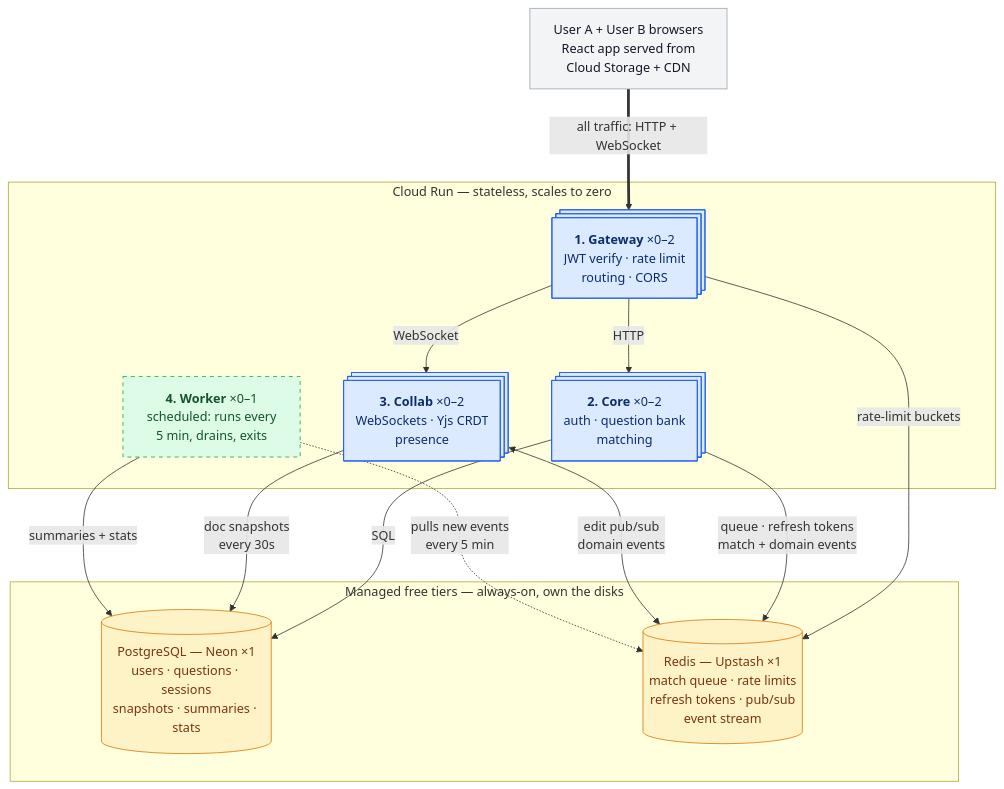
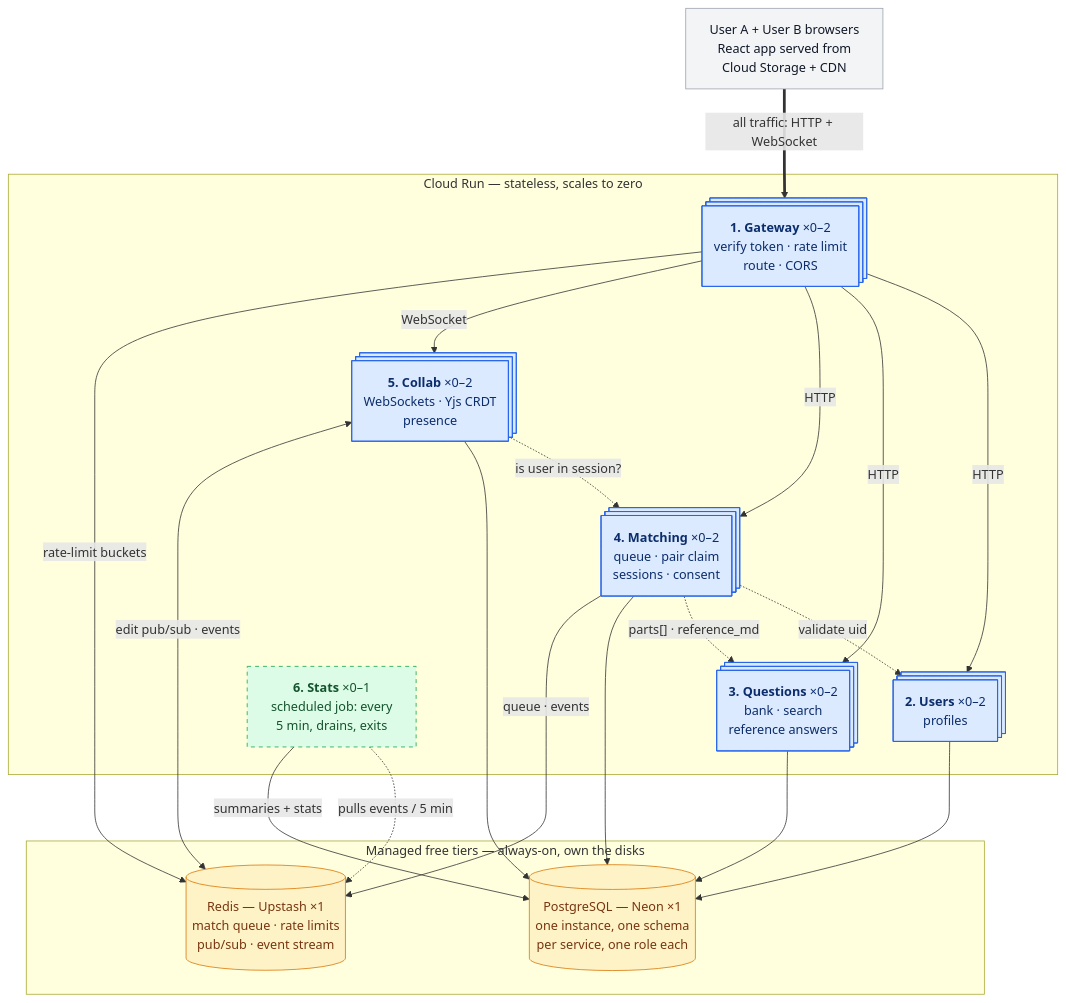
One commit to Wnayar/deepcs changed the first of 2 diagrams in DESIGN.md. Above: the diagram before and after it, drawn with Mermaid. The commit also changed other lines of this file and 1 other file, not shown here.

First line of the commit message:
Refine design: 6-service split, Firebase auth, per-service schemas

````diff
--- a/DESIGN.md
+++ b/DESIGN.md
@@ -63,38 +93,47 @@
 ```mermaid
-%%{init: {"flowchart": {"nodeSpacing": 55, "rankSpacing": 70}}}%%
+%%{init: {"flowchart": {"nodeSpacing": 45, "rankSpacing": 60}}}%%
 flowchart TD
     U["User A + User B browsers<br/>React app served from<br/>Cloud Storage + CDN"]
 
     U ==>|"all traffic: HTTP + WebSocket"| GW
 
     subgraph RUN["Cloud Run — stateless, scales to zero"]
-        GW@{ shape: procs, label: "<b>1. Gateway</b> ×0–2<br/>JWT verify · rate limit<br/>routing · CORS" }
-        CORE@{ shape: procs, label: "<b>2. Core</b> ×0–2<br/>auth · question bank<br/>matching" }
-        COLLAB@{ shape: procs, label: "<b>3. Collab</b> ×0–2<br/>WebSockets · Yjs CRDT<br/>presence" }
-        WK["<b>4. Worker</b> ×0–1<br/>scheduled: runs every<br/>5 min, drains, exits"]
+        GW@{ shape: procs, label: "<b>1. Gateway</b> ×0–2<br/>verify token · rate limit<br/>route · CORS" }
+        USR@{ shape: procs, label: "<b>2. Users</b> ×0–2<br/>profiles" }
+        QST@{ shape: procs, label: "<b>3. Questions</b> ×0–2<br/>bank · search<br/>reference answers" }
+        MCH@{ shape: procs, label: "<b>4. Matching</b> ×0–2<br/>queue · pair claim<br/>sessions · consent" }
+        COL@{ shape: procs, label: "<b>5. Collab</b> ×0–2<br/>WebSockets · Yjs CRDT<br/>presence" }
+        STA["<b>6. Stats</b> ×0–1<br/>scheduled job: every<br/>5 min, drains, exits"]
     end
 
     subgraph DATA["Managed free tiers — always-on, own the disks"]
-        PG[("PostgreSQL — Neon ×1<br/>users · questions · sessions<br/>snapshots · summaries · stats")]
-        RD[("Redis — Upstash ×1<br/>match queue · rate limits<br/>refresh tokens · pub/sub<br/>event stream")]
+        PG[("PostgreSQL — Neon ×1<br/>one instance, one schema<br/>per service, one role each")]
+        RD[("Redis — Upstash ×1<br/>match queue · rate limits<br/>pub/sub · event stream")]
     end
 
-    GW -->|HTTP| CORE
-    GW -->|WebSocket| COLLAB
+    GW -->|HTTP| USR
+    GW -->|HTTP| QST
+    GW -->|HTTP| MCH
+    GW -->|WebSocket| COL
     GW -->|"rate-limit buckets"| RD
-    CORE -->|SQL| PG
-    CORE -->|"queue · refresh tokens<br/>match + domain events"| RD
-    COLLAB <-->|"edit pub/sub<br/>domain events"| RD
-    COLLAB -->|"doc snapshots<br/>every 30s"| PG
-    WK -.->|"pulls new events<br/>every 5 min"| RD
-    WK -->|"summaries + stats"| PG
+    MCH -.->|"validate uid"| USR
+    MCH -.->|"parts[] · reference_md"| QST
+    COL -.->|"is user in session?"| MCH
+    USR --> PG
+    QST --> PG
+    MCH --> PG
+    COL --> PG
+    MCH -->|"queue · events"| RD
+    COL <-->|"edit pub/sub · events"| RD
+    STA -.->|"pulls events / 5 min"| RD
+    STA -->|"summaries + stats"| PG
 
     classDef client fill:#f3f4f6,stroke:#9ca3af,color:#111827
     classDef ephemeral fill:#dbeafe,stroke:#2563eb,color:#0c2d6b
     classDef scheduled fill:#dcfce7,stroke:#16a34a,color:#14532d,stroke-dasharray: 5 5
     classDef stateful fill:#fef3c7,stroke:#d97706,color:#78350f
     class U client
-    class GW,CORE,COLLAB ephemeral
-    class WK scheduled
+    class GW,USR,QST,MCH,COL ephemeral
+    class STA scheduled
     class PG,RD stateful
 ```
````
